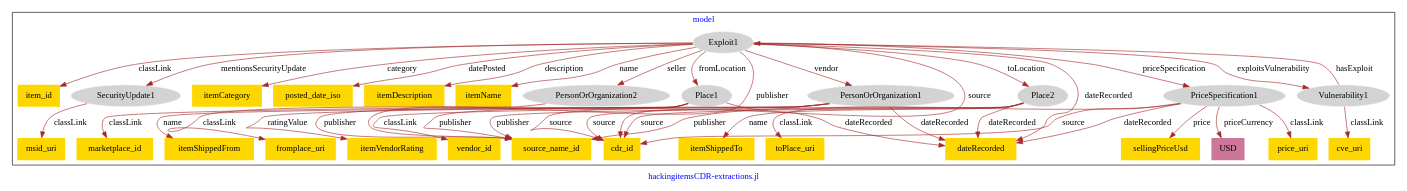
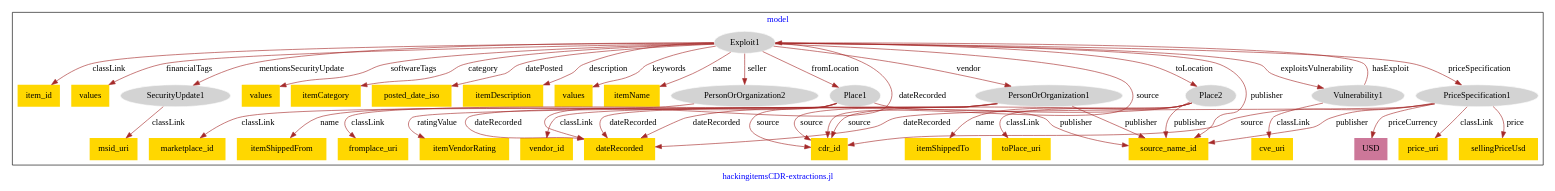
Before and after one commit to usc-isi-i2/effect-alignment: the diagram in models/asu-hacking-items/hacking_items-model.dot, drawn with Graphviz.

Commit message:
Update file hacking_items-model.dot

```diff
--- a/models/asu-hacking-items/hacking_items-model.dot
+++ b/models/asu-hacking-items/hacking_items-model.dot
@@ -1,76 +1,82 @@
 digraph n0 {
 fontcolor="blue"
 remincross="true"
 label="hackingitemsCDR-extractions.jl"
 subgraph cluster {
 label="model"
 n2[style="filled",color="white",fillcolor="lightgray",label="Exploit1"];
 n3[shape="plaintext",style="filled",fillcolor="gold",label="item_id"];
-n4[style="filled",color="white",fillcolor="lightgray",label="SecurityUpdate1"];
-n5[shape="plaintext",style="filled",fillcolor="gold",label="itemCategory"];
-n6[shape="plaintext",style="filled",fillcolor="gold",label="posted_date_iso"];
-n7[shape="plaintext",style="filled",fillcolor="gold",label="itemDescription"];
-n8[shape="plaintext",style="filled",fillcolor="gold",label="itemName"];
-n9[style="filled",color="white",fillcolor="lightgray",label="PersonOrOrganization1"];
-n10[shape="plaintext",style="filled",fillcolor="gold",label="vendor_id"];
-n11[shape="plaintext",style="filled",fillcolor="gold",label="source_name_id"];
-n12[shape="plaintext",style="filled",fillcolor="gold",label="itemVendorRating"];
-n13[style="filled",color="white",fillcolor="lightgray",label="PersonOrOrganization2"];
-n14[shape="plaintext",style="filled",fillcolor="gold",label="marketplace_id"];
-n15[shape="plaintext",style="filled",fillcolor="gold",label="msid_uri"];
-n16[style="filled",color="white",fillcolor="lightgray",label="Vulnerability1"];
-n17[shape="plaintext",style="filled",fillcolor="gold",label="cve_uri"];
-n18[style="filled",color="white",fillcolor="lightgray",label="Place1"];
-n19[shape="plaintext",style="filled",fillcolor="gold",label="fromplace_uri"];
-n20[shape="plaintext",style="filled",fillcolor="gold",label="itemShippedFrom"];
-n21[style="filled",color="white",fillcolor="lightgray",label="Place2"];
-n22[shape="plaintext",style="filled",fillcolor="gold",label="toPlace_uri"];
-n23[shape="plaintext",style="filled",fillcolor="gold",label="itemShippedTo"];
-n24[style="filled",color="white",fillcolor="lightgray",label="PriceSpecification1"];
-n25[shape="plaintext",style="filled",fillcolor="gold",label="price_uri"];
-n26[shape="plaintext",style="filled",fillcolor="gold",label="sellingPriceUsd"];
-n27[shape="plaintext",style="filled",fillcolor="#CC7799",label="USD"];
-n28[shape="plaintext",style="filled",fillcolor="gold",label="cdr_id"];
-n29[shape="plaintext",style="filled",fillcolor="gold",label="dateRecorded"];
+n4[shape="plaintext",style="filled",fillcolor="gold",label="values"];
+n5[style="filled",color="white",fillcolor="lightgray",label="SecurityUpdate1"];
+n6[shape="plaintext",style="filled",fillcolor="gold",label="values"];
+n7[shape="plaintext",style="filled",fillcolor="gold",label="itemCategory"];
+n8[shape="plaintext",style="filled",fillcolor="gold",label="posted_date_iso"];
+n9[shape="plaintext",style="filled",fillcolor="gold",label="itemDescription"];
+n10[shape="plaintext",style="filled",fillcolor="gold",label="values"];
+n11[shape="plaintext",style="filled",fillcolor="gold",label="itemName"];
+n12[style="filled",color="white",fillcolor="lightgray",label="PersonOrOrganization1"];
+n13[shape="plaintext",style="filled",fillcolor="gold",label="vendor_id"];
+n14[shape="plaintext",style="filled",fillcolor="gold",label="dateRecorded"];
+n15[shape="plaintext",style="filled",fillcolor="gold",label="itemVendorRating"];
+n16[style="filled",color="white",fillcolor="lightgray",label="PersonOrOrganization2"];
+n17[shape="plaintext",style="filled",fillcolor="gold",label="marketplace_id"];
+n18[shape="plaintext",style="filled",fillcolor="gold",label="msid_uri"];
+n19[style="filled",color="white",fillcolor="lightgray",label="Vulnerability1"];
+n20[shape="plaintext",style="filled",fillcolor="gold",label="cve_uri"];
+n21[style="filled",color="white",fillcolor="lightgray",label="Place1"];
+n22[shape="plaintext",style="filled",fillcolor="gold",label="fromplace_uri"];
+n23[shape="plaintext",style="filled",fillcolor="gold",label="itemShippedFrom"];
+n24[style="filled",color="white",fillcolor="lightgray",label="Place2"];
+n25[shape="plaintext",style="filled",fillcolor="gold",label="toPlace_uri"];
+n26[shape="plaintext",style="filled",fillcolor="gold",label="itemShippedTo"];
+n27[style="filled",color="white",fillcolor="lightgray",label="PriceSpecification1"];
+n28[shape="plaintext",style="filled",fillcolor="gold",label="price_uri"];
+n29[shape="plaintext",style="filled",fillcolor="gold",label="sellingPriceUsd"];
+n30[shape="plaintext",style="filled",fillcolor="#CC7799",label="USD"];
+n31[shape="plaintext",style="filled",fillcolor="gold",label="cdr_id"];
+n32[shape="plaintext",style="filled",fillcolor="gold",label="source_name_id"];
 }
 n2 -> n3[color="brown",fontcolor="black",label="classLink"]
-n2 -> n4[color="brown",fontcolor="black",label="mentionsSecurityUpdate"]
-n2 -> n5[color="brown",fontcolor="black",label="category"]
-n2 -> n6[color="brown",fontcolor="black",label="datePosted"]
-n2 -> n7[color="brown",fontcolor="black",label="description"]
-n2 -> n8[color="brown",fontcolor="black",label="name"]
-n9 -> n10[color="brown",fontcolor="black",label="classLink"]
-n9 -> n11[color="brown",fontcolor="black",label="publisher"]
-n9 -> n12[color="brown",fontcolor="black",label="ratingValue"]
-n13 -> n14[color="brown",fontcolor="black",label="classLink"]
-n4 -> n15[color="brown",fontcolor="black",label="classLink"]
+n2 -> n4[color="brown",fontcolor="black",label="financialTags"]
+n2 -> n5[color="brown",fontcolor="black",label="mentionsSecurityUpdate"]
+n2 -> n6[color="brown",fontcolor="black",label="softwareTags"]
+n2 -> n7[color="brown",fontcolor="black",label="category"]
+n2 -> n8[color="brown",fontcolor="black",label="datePosted"]
+n2 -> n9[color="brown",fontcolor="black",label="description"]
+n2 -> n10[color="brown",fontcolor="black",label="keywords"]
+n2 -> n11[color="brown",fontcolor="black",label="name"]
+n12 -> n13[color="brown",fontcolor="black",label="classLink"]
+n12 -> n14[color="brown",fontcolor="black",label="dateRecorded"]
+n12 -> n15[color="brown",fontcolor="black",label="ratingValue"]
 n16 -> n17[color="brown",fontcolor="black",label="classLink"]
-n18 -> n19[color="brown",fontcolor="black",label="classLink"]
-n18 -> n20[color="brown",fontcolor="black",label="name"]
-n18 -> n11[color="brown",fontcolor="black",label="publisher"]
+n5 -> n18[color="brown",fontcolor="black",label="classLink"]
+n19 -> n20[color="brown",fontcolor="black",label="classLink"]
 n21 -> n22[color="brown",fontcolor="black",label="classLink"]
+n21 -> n14[color="brown",fontcolor="black",label="dateRecorded"]
 n21 -> n23[color="brown",fontcolor="black",label="name"]
-n21 -> n11[color="brown",fontcolor="black",label="publisher"]
 n24 -> n25[color="brown",fontcolor="black",label="classLink"]
-n24 -> n26[color="brown",fontcolor="black",label="price"]
-n24 -> n27[color="brown",fontcolor="black",label="priceCurrency"]
-n24 -> n11[color="brown",fontcolor="black",label="publisher"]
-n2 -> n24[color="brown",fontcolor="black",label="priceSpecification"]
-n2 -> n21[color="brown",fontcolor="black",label="toLocation"]
-n21 -> n28[color="brown",fontcolor="black",label="source"]
-n2 -> n18[color="brown",fontcolor="black",label="fromLocation"]
-n16 -> n2[color="brown",fontcolor="black",label="hasExploit"]
-n18 -> n29[color="brown",fontcolor="black",label="dateRecorded"]
-n2 -> n16[color="brown",fontcolor="black",label="exploitsVulnerability"]
-n2 -> n13[color="brown",fontcolor="black",label="seller"]
-n2 -> n29[color="brown",fontcolor="black",label="dateRecorded"]
-n2 -> n11[color="brown",fontcolor="black",label="publisher"]
-n2 -> n28[color="brown",fontcolor="black",label="source"]
-n9 -> n28[color="brown",fontcolor="black",label="source"]
-n9 -> n29[color="brown",fontcolor="black",label="dateRecorded"]
-n24 -> n29[color="brown",fontcolor="black",label="dateRecorded"]
-n2 -> n9[color="brown",fontcolor="black",label="vendor"]
-n18 -> n28[color="brown",fontcolor="black",label="source"]
-n24 -> n28[color="brown",fontcolor="black",label="source"]
-n21 -> n29[color="brown",fontcolor="black",label="dateRecorded"]
+n24 -> n14[color="brown",fontcolor="black",label="dateRecorded"]
+n24 -> n26[color="brown",fontcolor="black",label="name"]
+n27 -> n28[color="brown",fontcolor="black",label="classLink"]
+n27 -> n14[color="brown",fontcolor="black",label="dateRecorded"]
+n27 -> n29[color="brown",fontcolor="black",label="price"]
+n27 -> n30[color="brown",fontcolor="black",label="priceCurrency"]
+n2 -> n27[color="brown",fontcolor="black",label="priceSpecification"]
+n2 -> n24[color="brown",fontcolor="black",label="toLocation"]
+n2 -> n14[color="brown",fontcolor="black",label="dateRecorded"]
+n12 -> n31[color="brown",fontcolor="black",label="source"]
+n2 -> n21[color="brown",fontcolor="black",label="fromLocation"]
+n19 -> n2[color="brown",fontcolor="black",label="hasExploit"]
+n2 -> n19[color="brown",fontcolor="black",label="exploitsVulnerability"]
+n12 -> n32[color="brown",fontcolor="black",label="publisher"]
+n2 -> n16[color="brown",fontcolor="black",label="seller"]
+n2 -> n31[color="brown",fontcolor="black",label="source"]
+n24 -> n31[color="brown",fontcolor="black",label="source"]
+n24 -> n32[color="brown",fontcolor="black",label="publisher"]
+n2 -> n12[color="brown",fontcolor="black",label="vendor"]
+n27 -> n32[color="brown",fontcolor="black",label="publisher"]
+n21 -> n32[color="brown",fontcolor="black",label="publisher"]
+n27 -> n31[color="brown",fontcolor="black",label="source"]
+n21 -> n31[color="brown",fontcolor="black",label="source"]
+n2 -> n32[color="brown",fontcolor="black",label="publisher"]
 }
```
